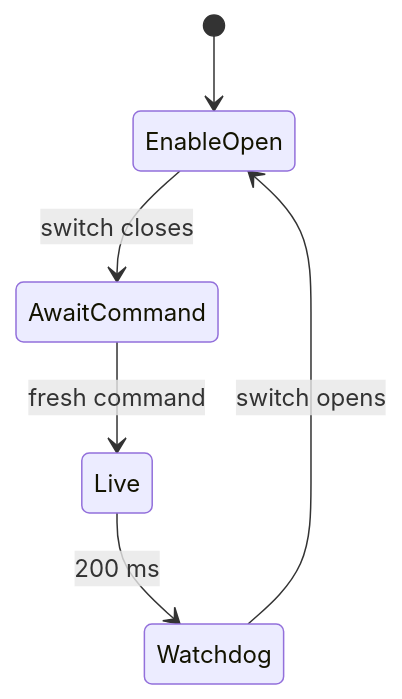
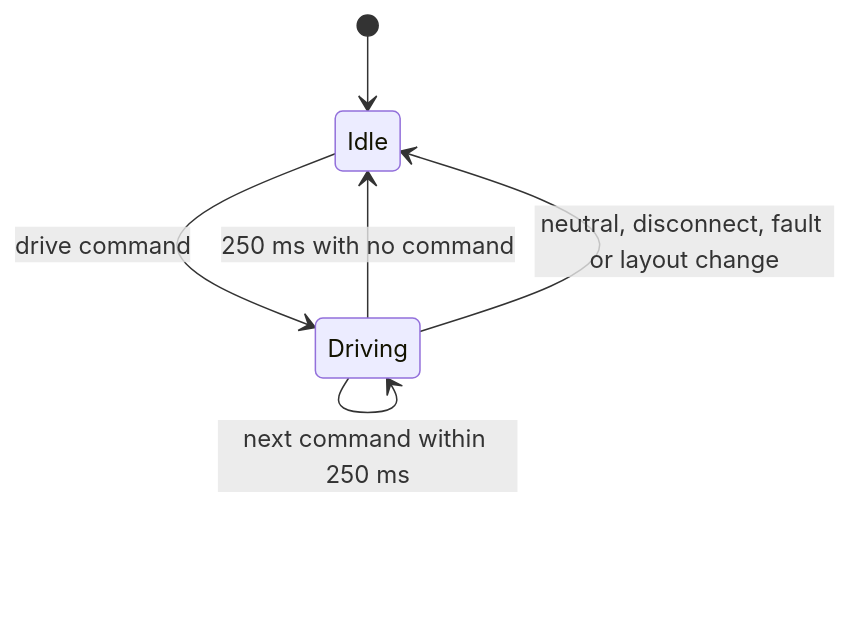
One commit to Super-Yojan/Terra changed the second of 3 diagrams in docs/hardware/INSTALL.md. Above: the diagram before and after it, drawn with Mermaid. The commit also changed other lines of this file and 14 other files, not shown here.

````diff
--- a/docs/hardware/INSTALL.md
+++ b/docs/hardware/INSTALL.md
@@ -197,8 +192,8 @@
 ```mermaid
 stateDiagram-v2
-  [*] --> EnableOpen
-  EnableOpen --> AwaitCommand: switch closes
-  AwaitCommand --> Live: fresh command
-  Live --> Watchdog: 200 ms
-  Watchdog --> EnableOpen: switch opens
+  [*] --> Idle
+  Idle --> Driving: drive command
+  Driving --> Driving: next command within 250 ms
+  Driving --> Idle: 250 ms with no command
+  Driving --> Idle: neutral, disconnect, fault or layout change
 ```
````
